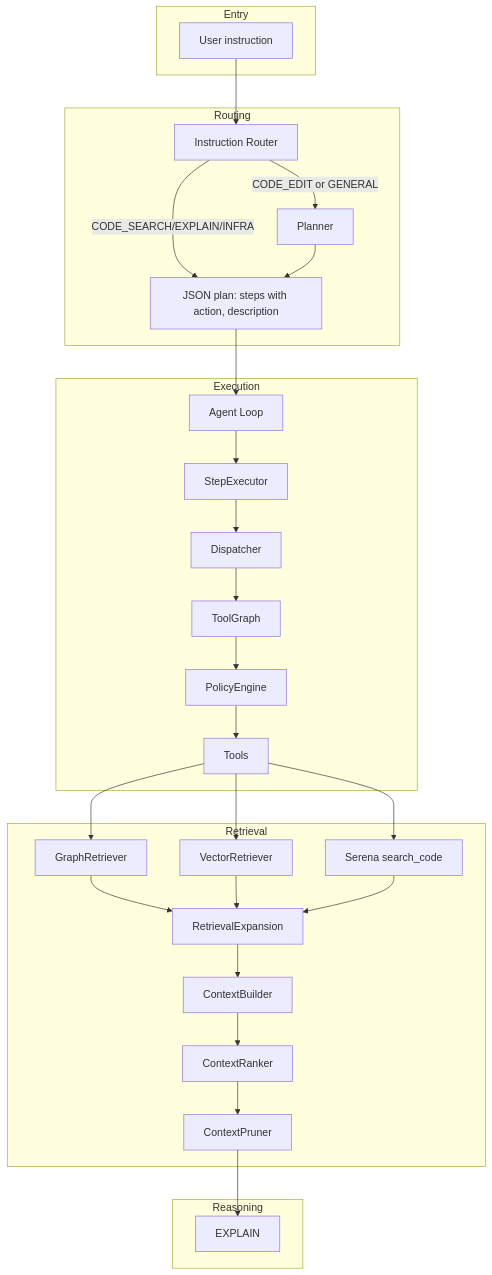
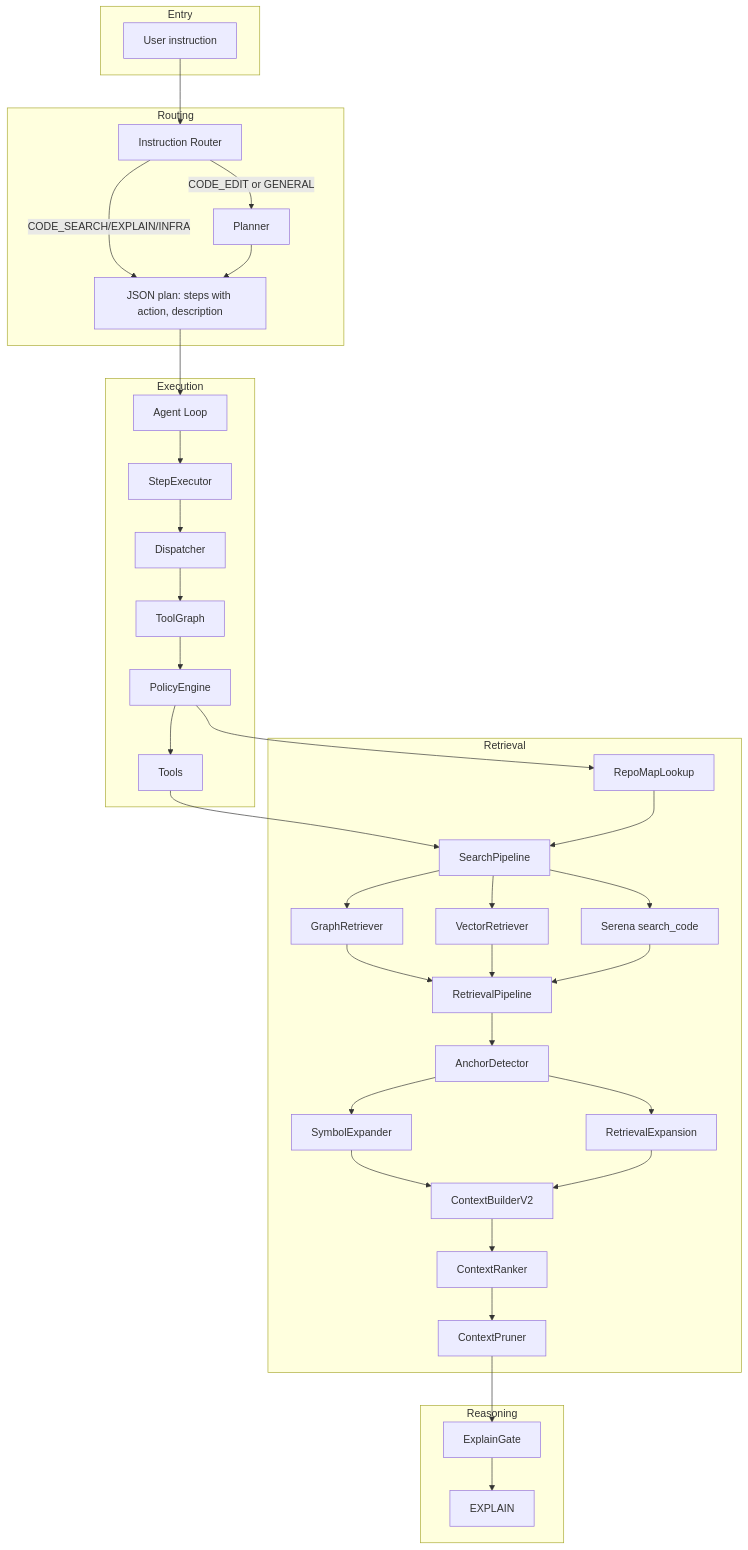
The diagram in README.md (Pugsy-Explores/AutoStudio), drawn with Mermaid before and after one commit. The commit also changed other lines of this file and 81 other files, not shown here.

First line of the commit message:
feat: retrieval pipeline expansion, trace observability, and policy engine improvements

````diff
--- a/README.md
+++ b/README.md
@@ -29,56 +30,70 @@
 ```mermaid
 flowchart TB
     subgraph Entry
         User[User instruction]
     end
 
     subgraph Routing
         InstructionRouter[Instruction Router]
         Planner[Planner]
         Plan[JSON plan: steps with action, description]
     end
 
     subgraph Execution
         Loop[Agent Loop]
         Exec[StepExecutor]
         Dispatch[Dispatcher]
         ToolGraph[ToolGraph]
         Policy[PolicyEngine]
         Tools[Tools]
     end
 
     subgraph Retrieval
+        RepoMapLookup[RepoMapLookup]
+        SearchPipeline[SearchPipeline]
         GraphRetriever[GraphRetriever]
         VectorRetriever[VectorRetriever]
         SerenaGrep[Serena search_code]
+        RetrievalPipeline[RetrievalPipeline]
+        AnchorDetector[AnchorDetector]
+        SymbolExpander[SymbolExpander]
         Expand[RetrievalExpansion]
-        ContextBuilder[ContextBuilder]
+        ContextBuilder[ContextBuilderV2]
         Ranker[ContextRanker]
         Pruner[ContextPruner]
     end
 
     subgraph Reasoning
+        ExplainGate[ExplainGate]
         Explain[EXPLAIN]
     end
 
     User --> InstructionRouter
     InstructionRouter -->|CODE_EDIT or GENERAL| Planner
     InstructionRouter -->|CODE_SEARCH/EXPLAIN/INFRA| Plan
     Planner --> Plan
     Plan --> Loop
     Loop --> Exec
     Exec --> Dispatch
     Dispatch --> ToolGraph
     ToolGraph --> Policy
     Policy --> Tools
-    Tools --> GraphRetriever
-    Tools --> VectorRetriever
-    Tools --> SerenaGrep
-    GraphRetriever --> Expand
-    VectorRetriever --> Expand
-    SerenaGrep --> Expand
+    Policy --> RepoMapLookup
+    Tools --> SearchPipeline
+    RepoMapLookup --> SearchPipeline
+    SearchPipeline --> GraphRetriever
+    SearchPipeline --> VectorRetriever
+    SearchPipeline --> SerenaGrep
+    GraphRetriever --> RetrievalPipeline
+    VectorRetriever --> RetrievalPipeline
+    SerenaGrep --> RetrievalPipeline
+    RetrievalPipeline --> AnchorDetector
+    AnchorDetector --> SymbolExpander
+    AnchorDetector --> Expand
+    SymbolExpander --> ContextBuilder
     Expand --> ContextBuilder
     ContextBuilder --> Ranker
     Ranker --> Pruner
-    Pruner --> Explain
+    Pruner --> ExplainGate
+    ExplainGate --> Explain
 ```
````
